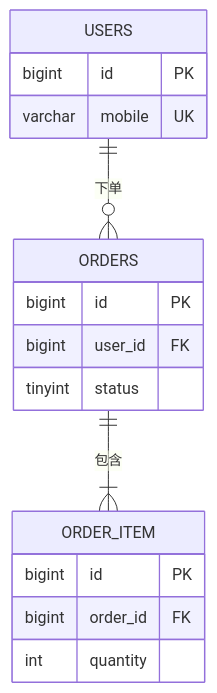
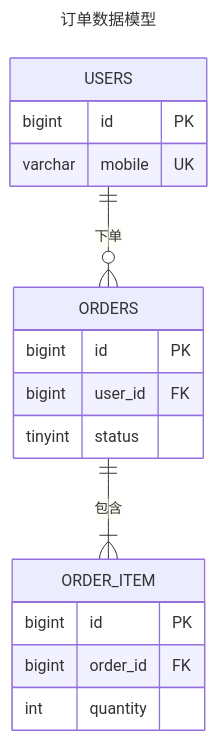
The second of 9 diagrams in references/types-modeling.md (huang-hee/diagram-kit), drawn with Mermaid before and after one commit. The commit also changed other lines of this file and 248 other files, not shown here.

First line of the commit message:
feat: 示例按统一风格重做，补齐 42 张 drawio 整图示例，默认工具改为 drawio

````diff
--- a/references/types-modeling.md
+++ b/references/types-modeling.md
@@ -91,19 +94,22 @@
 ```mermaid
+---
+title: 订单数据模型
+---
 erDiagram
   USERS:::entity ||--o{ ORDERS:::core : "下单"
   ORDERS ||--|{ ORDER_ITEM:::link : "包含"
   USERS {
     bigint id PK
     varchar mobile UK
   }
   ORDERS {
     bigint id PK
     bigint user_id FK
     tinyint status
   }
   ORDER_ITEM {
     bigint id PK
     bigint order_id FK
     int quantity
   }
 ```
````
